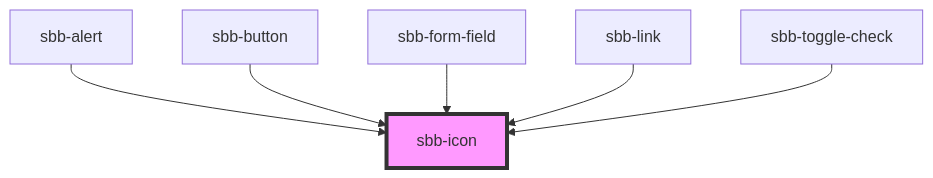
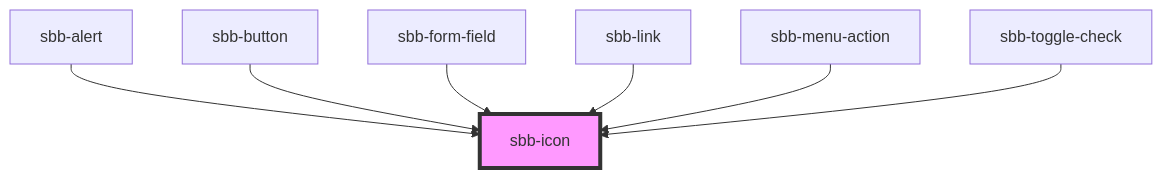
One commit to sbb-design-systems/lyne-components changed the diagram in src/components/sbb-icon/readme.md. Above: the diagram before and after it, drawn with Mermaid. The commit also changed other lines of this file and 16 other files, not shown here.

Commit message:
feat: introduce sbb-menu and sbb-menu-action

````diff
--- a/src/components/sbb-icon/readme.md
+++ b/src/components/sbb-icon/readme.md
@@ -106,9 +107,10 @@
 ```mermaid
 graph TD;
   sbb-alert --> sbb-icon
   sbb-button --> sbb-icon
   sbb-form-field --> sbb-icon
   sbb-link --> sbb-icon
+  sbb-menu-action --> sbb-icon
   sbb-toggle-check --> sbb-icon
   style sbb-icon fill:#f9f,stroke:#333,stroke-width:4px
 ```
````
